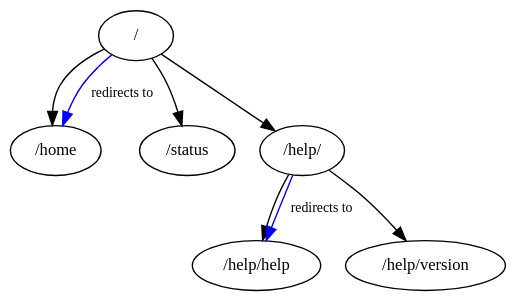
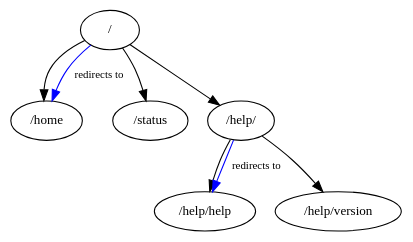
One commit to pstch/django-crucrudile changed the fifth of 8 diagrams in docs/quickstart.rst. Above: the diagram before and after it, drawn with Graphviz. The commit also changed other lines of this file and 8 other files, not shown here.

```diff
--- a/docs/quickstart.rst
+++ b/docs/quickstart.rst
@@ -137,23 +175,23 @@
 .. graphviz::
 
    digraph redirs {
-       size="6, 3"
+       size="4, 3"
        bgcolor="transparent"
        edge[fontsize=10]
        node[fontsize=12]
 
        "/" -> "/home"
        "/" -> "/status"
 
        "/" -> "/help/"
 
        "/help/" -> "/help/help"
        "/help/" -> "/help/version"
 
        subgraph redirects {
            edge[color=blue, label="redirects to"]
            "/" -> "/home"
            "/help/" -> "/help/help"
        }
 
    }
```
